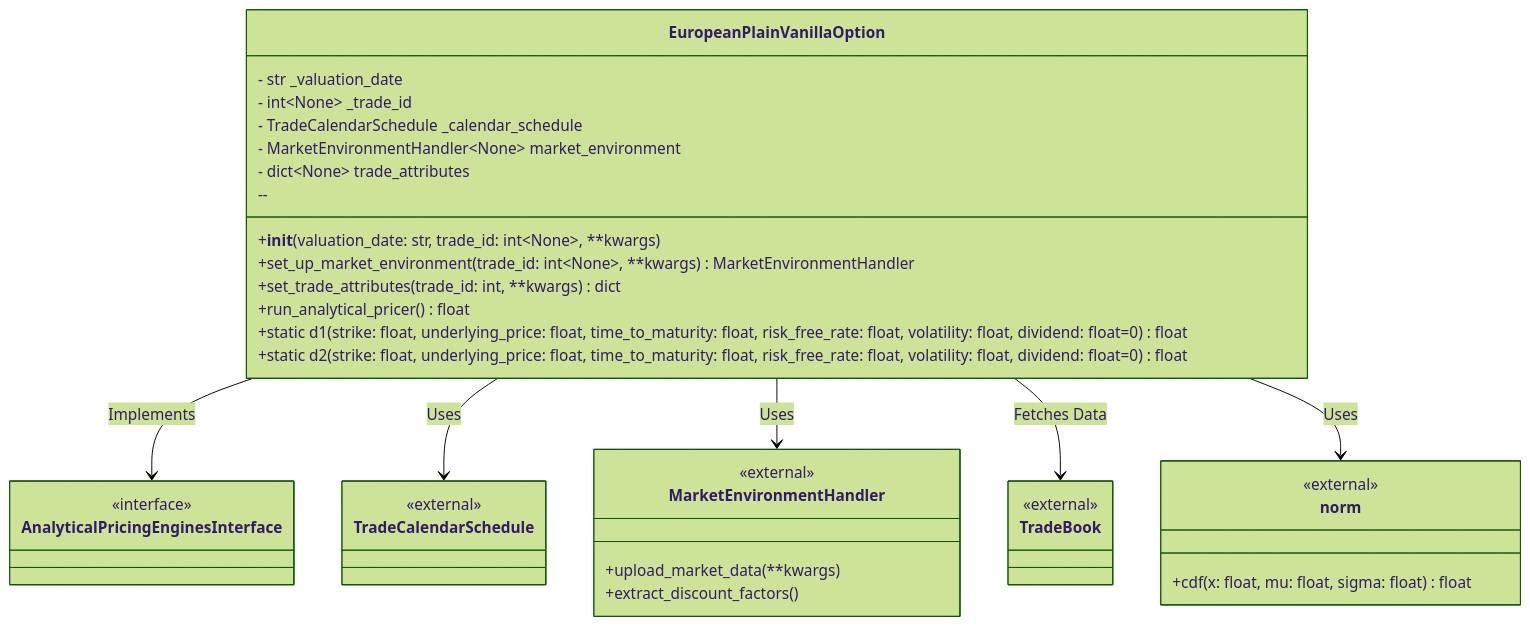
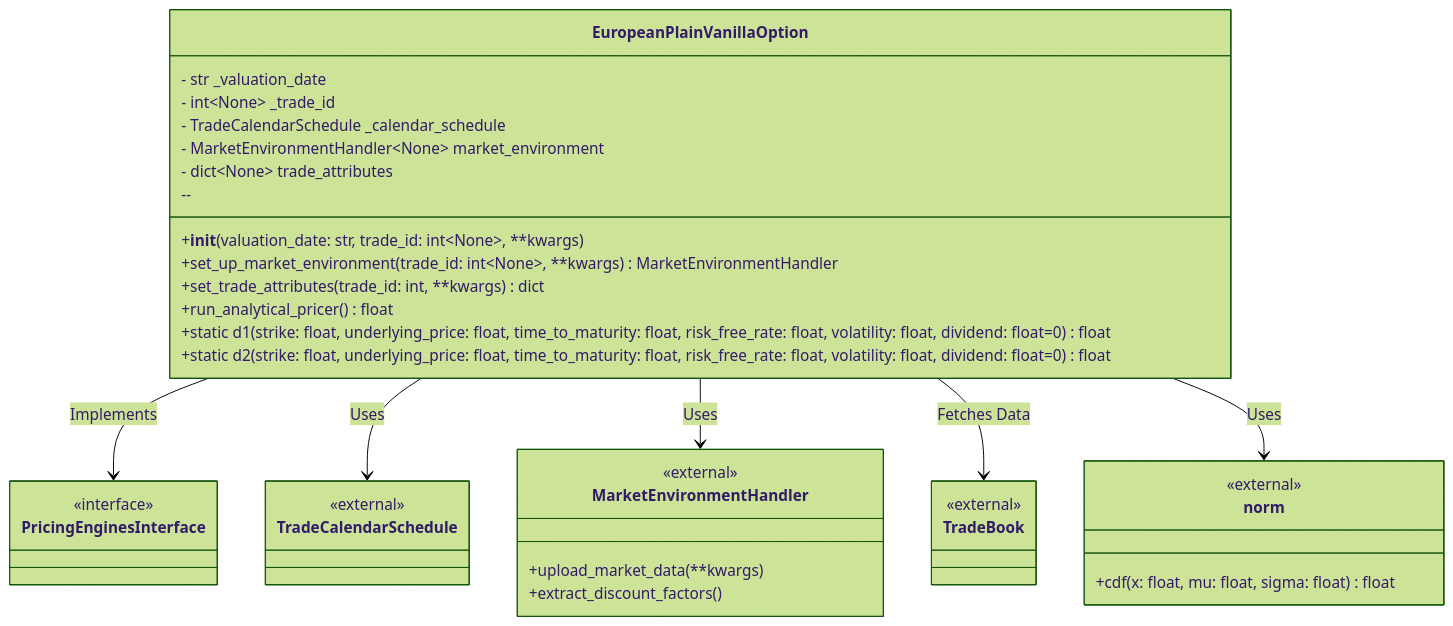
The second of 3 diagrams in README.md (krzysiekbienias/numeraire), drawn with Mermaid (forest theme) before and after one commit. The commit also changed 2 other files, not shown here.

Commit message:
main: Update main and add asian option to TradeBook table.

````diff
--- a/README.md
+++ b/README.md
@@ -210,48 +210,48 @@
 ```mermaid
 classDiagram  
 
 
-    class AnalyticalPricingEnginesInterface {
+    class PricingEnginesInterface {
         <<interface>>
     }
     class EuropeanPlainVanillaOption {
         - str _valuation_date
         - int~None~ _trade_id
         - TradeCalendarSchedule _calendar_schedule
         - MarketEnvironmentHandler~None~ market_environment
         - dict~None~ trade_attributes
         --
         +__init__(valuation_date: str, trade_id: int~None~, **kwargs)
         +set_up_market_environment(trade_id: int~None~, **kwargs) MarketEnvironmentHandler
         +set_trade_attributes(trade_id: int, **kwargs) dict
         +run_analytical_pricer() float
         +static d1(strike: float, underlying_price: float, time_to_maturity: float, risk_free_rate: float, volatility: float, dividend: float=0) float
         +static d2(strike: float, underlying_price: float, time_to_maturity: float, risk_free_rate: float, volatility: float, dividend: float=0) float
     }
 
     class TradeCalendarSchedule {
         <<external>>
     }
 
     class TradeBook {
         <<external>>
     }
 
     class MarketEnvironmentHandler {
         <<external>>
         +upload_market_data(**kwargs)
         +extract_discount_factors()
     }
 
     class norm {
         <<external>>
         +cdf(x: float, mu: float, sigma: float) float
     }
 
     %% Relationships
-    EuropeanPlainVanillaOption --> AnalyticalPricingEnginesInterface : Implements
+    EuropeanPlainVanillaOption --> PricingEnginesInterface : Implements
     EuropeanPlainVanillaOption --> TradeCalendarSchedule : Uses
     EuropeanPlainVanillaOption --> MarketEnvironmentHandler : Uses
     EuropeanPlainVanillaOption --> TradeBook : Fetches Data
     EuropeanPlainVanillaOption --> norm : Uses
 ```
````
